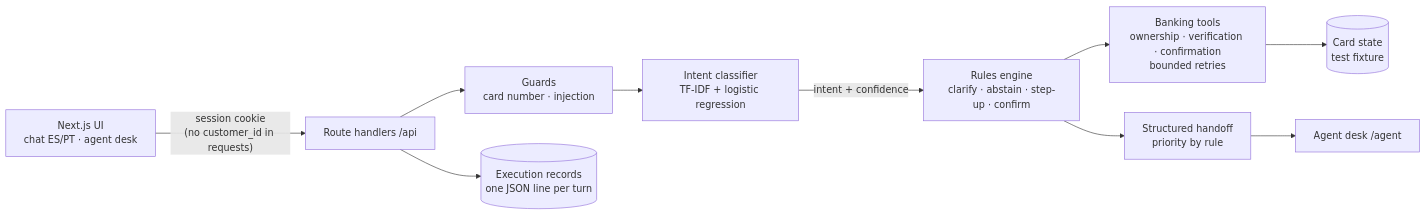
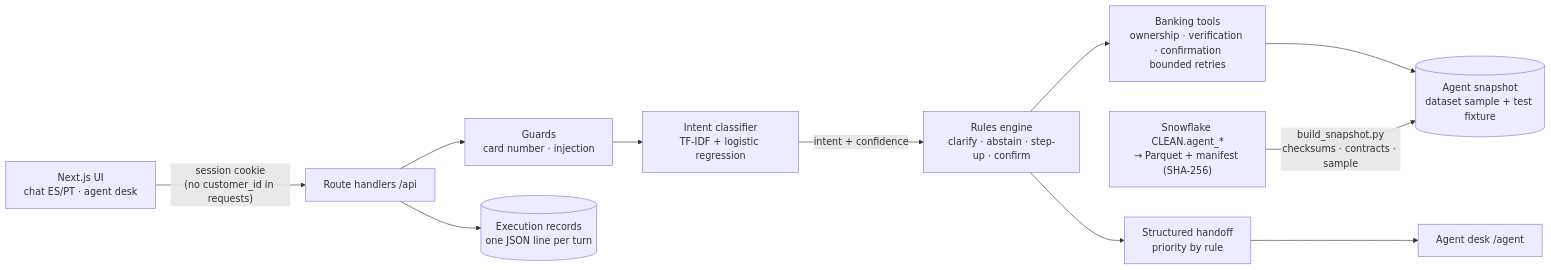
The diagram in README.md (RubenSptt/factored-hackathon-2026-contraponto), drawn with Mermaid before and after one commit. The commit also changed other lines of this file and 21 other files, not shown here.

Commit message:
Connect the stage 1 export to the agent through a verified snapshot

````diff
--- a/README.md
+++ b/README.md
@@ -50,12 +55,13 @@
 ```mermaid
 flowchart LR
     UI["Next.js UI<br/>chat ES/PT · agent desk"] -->|"session cookie<br/>(no customer_id in requests)"| API["Route handlers /api"]
     API --> G["Guards<br/>card number · injection"]
     G --> C["Intent classifier<br/>TF-IDF + logistic regression"]
     C -->|"intent + confidence"| E["Rules engine<br/>clarify · abstain · step-up · confirm"]
     E --> T["Banking tools<br/>ownership · verification · confirmation<br/>bounded retries"]
-    T --> S[("Card state<br/>test fixture")]
+    T --> S[("Agent snapshot<br/>dataset sample + test fixture")]
+    P["Snowflake CLEAN.agent_*<br/>→ Parquet + manifest (SHA-256)"] -->|"build_snapshot.py<br/>checksums · contracts · sample"| S
     E --> H["Structured handoff<br/>priority by rule"]
     API --> R[("Execution records<br/>one JSON line per turn")]
     H --> D["Agent desk /agent"]
 ```
````
